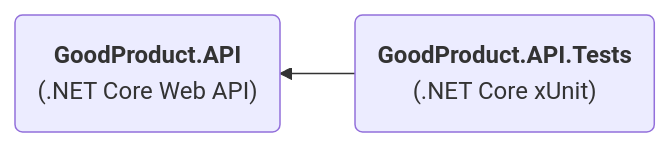
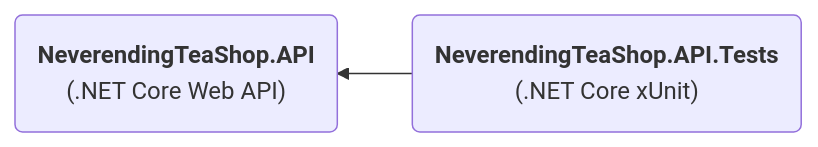
The diagram in content/creating-a-solution/adding-webapi-project.md (ddubson/dotnet-cookbook), drawn with Mermaid before and after one commit. The commit also changed other lines of this file and 10 other files, not shown here.

Commit message:
Switch GoodProduct to NeverendingTeaShop

```diff
--- a/content/creating-a-solution/adding-webapi-project.md
+++ b/content/creating-a-solution/adding-webapi-project.md
@@ -20,4 +20,4 @@
 {{<mermaid>}}
 graph RL;
-    id2("<b>GoodProduct.API.Tests</b><br/>(.NET Core xUnit)")-->id1("<b>GoodProduct.API</b><br/>(.NET Core Web API)");
+    id2("<b>NeverendingTeaShop.API.Tests</b><br/>(.NET Core xUnit)")-->id1("<b>NeverendingTeaShop.API</b><br/>(.NET Core Web API)");
 {{</mermaid>}}
```
